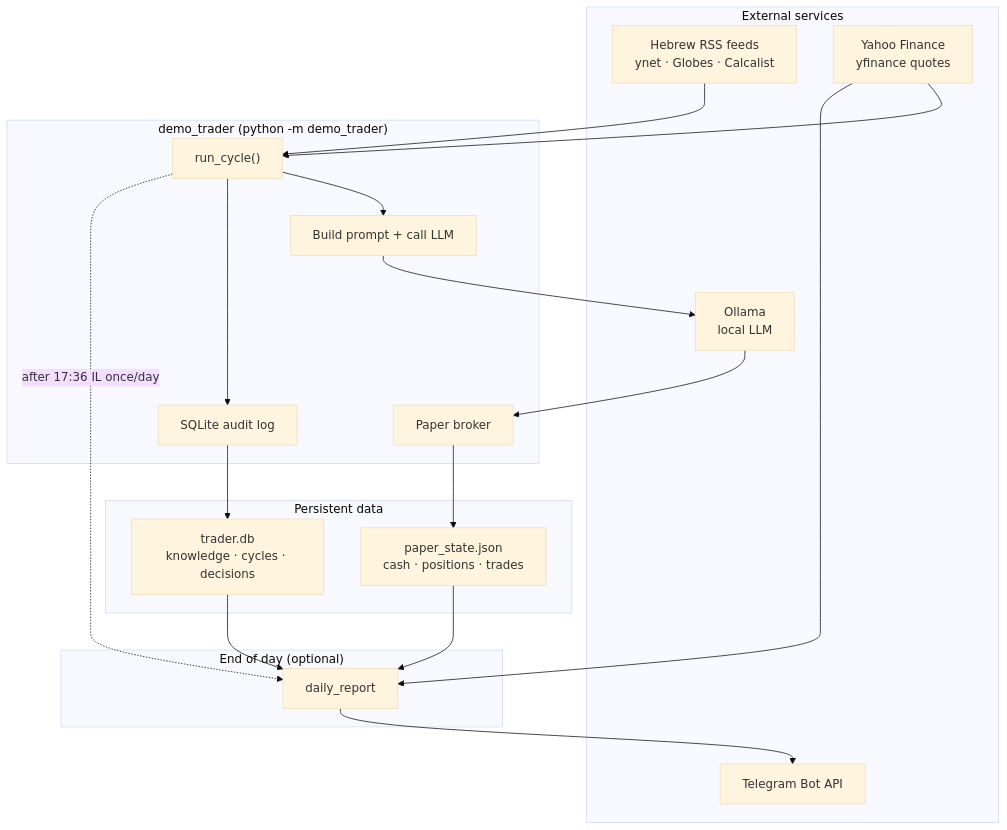
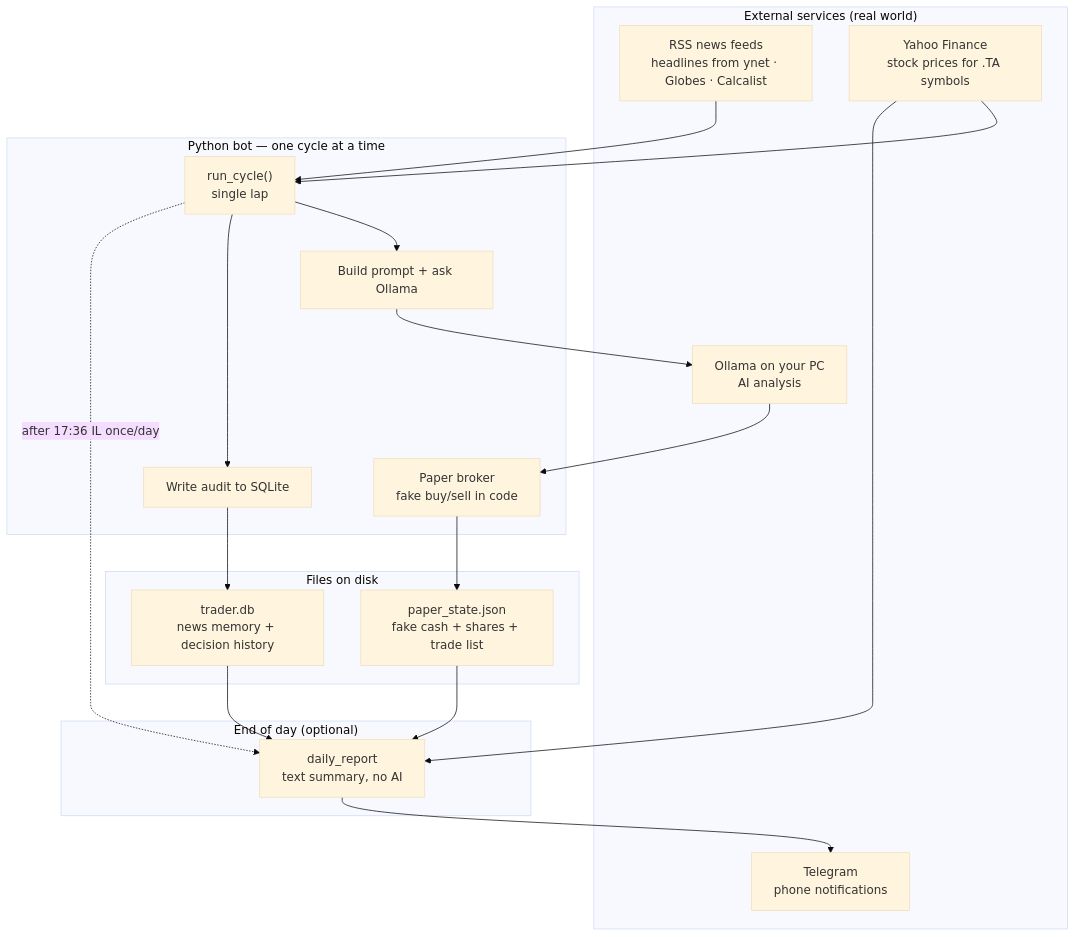
Before and after one commit to stavhaco/finance: the first of 14 diagrams in docs/SYSTEM_FLOW.md, drawn with Mermaid (base theme). The commit also changed other lines of this file and 1 other file, not shown here.

````diff
--- a/docs/SYSTEM_FLOW.md
+++ b/docs/SYSTEM_FLOW.md
@@ -11,39 +184,39 @@
 ```mermaid
 flowchart TB
-    subgraph External["External services"]
-        RSS["Hebrew RSS feeds<br/>ynet · Globes · Calcalist"]
-        YF["Yahoo Finance<br/>yfinance quotes"]
-        OLL["Ollama<br/>local LLM"]
-        TG["Telegram Bot API"]
+    subgraph External["External services (real world)"]
+        RSS["RSS news feeds<br/>headlines from ynet · Globes · Calcalist"]
+        YF["Yahoo Finance<br/>stock prices for .TA symbols"]
+        OLL["Ollama on your PC<br/>AI analysis"]
+        TG["Telegram<br/>phone notifications"]
     end
 
-    subgraph Bot["demo_trader (python -m demo_trader)"]
-        CYCLE["run_cycle()"]
-        PROMPT["Build prompt + call LLM"]
-        EXEC["Paper broker"]
-        AUDIT["SQLite audit log"]
+    subgraph Bot["Python bot — one cycle at a time"]
+        CYCLE["run_cycle()<br/>single lap"]
+        PROMPT["Build prompt + ask Ollama"]
+        EXEC["Paper broker<br/>fake buy/sell in code"]
+        AUDIT["Write audit to SQLite"]
     end
 
-    subgraph Storage["Persistent data"]
-        JSON["paper_state.json<br/>cash · positions · trades"]
-        DB["trader.db<br/>knowledge · cycles · decisions"]
+    subgraph Storage["Files on disk"]
+        JSON["paper_state.json<br/>fake cash + shares + trade list"]
+        DB["trader.db<br/>news memory + decision history"]
     end
 
     subgraph Daily["End of day (optional)"]
-        REP["daily_report"]
+        REP["daily_report<br/>text summary, no AI"]
     end
 
     RSS --> CYCLE
     YF --> CYCLE
     CYCLE --> PROMPT
     PROMPT --> OLL
     OLL --> EXEC
     EXEC --> JSON
     CYCLE --> AUDIT
     AUDIT --> DB
     JSON --> REP
     DB --> REP
     YF --> REP
     REP --> TG
     CYCLE -.->|after 17:36 IL once/day| REP
 ```
````
